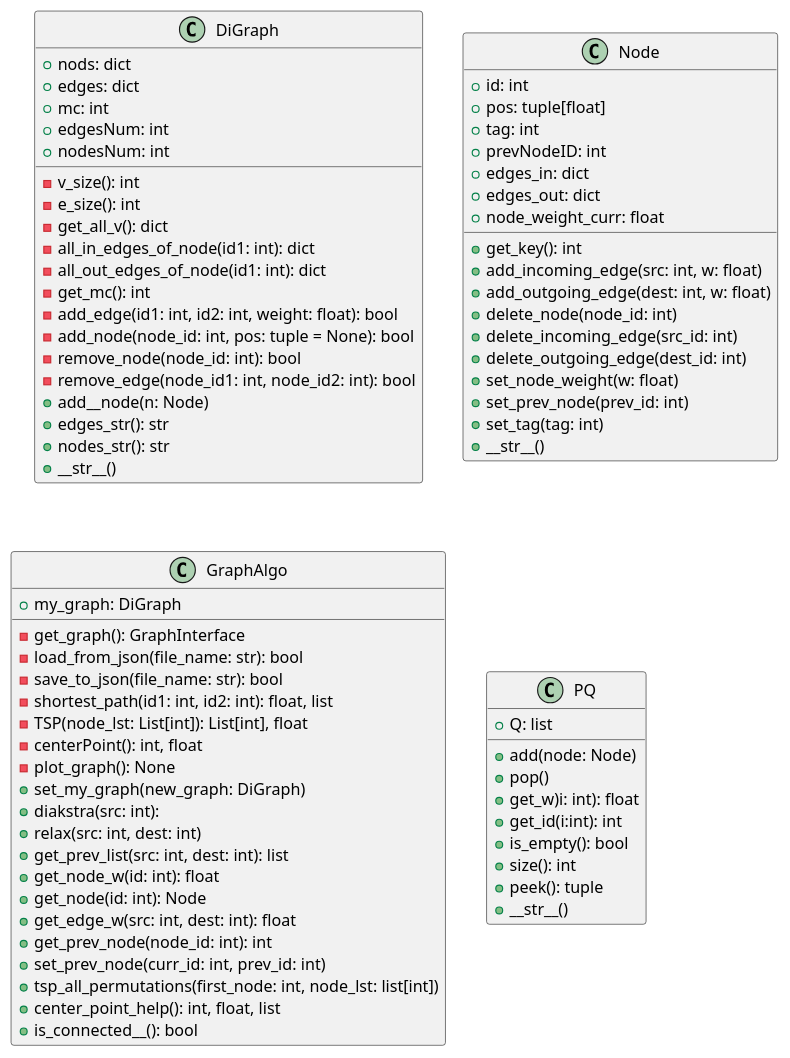
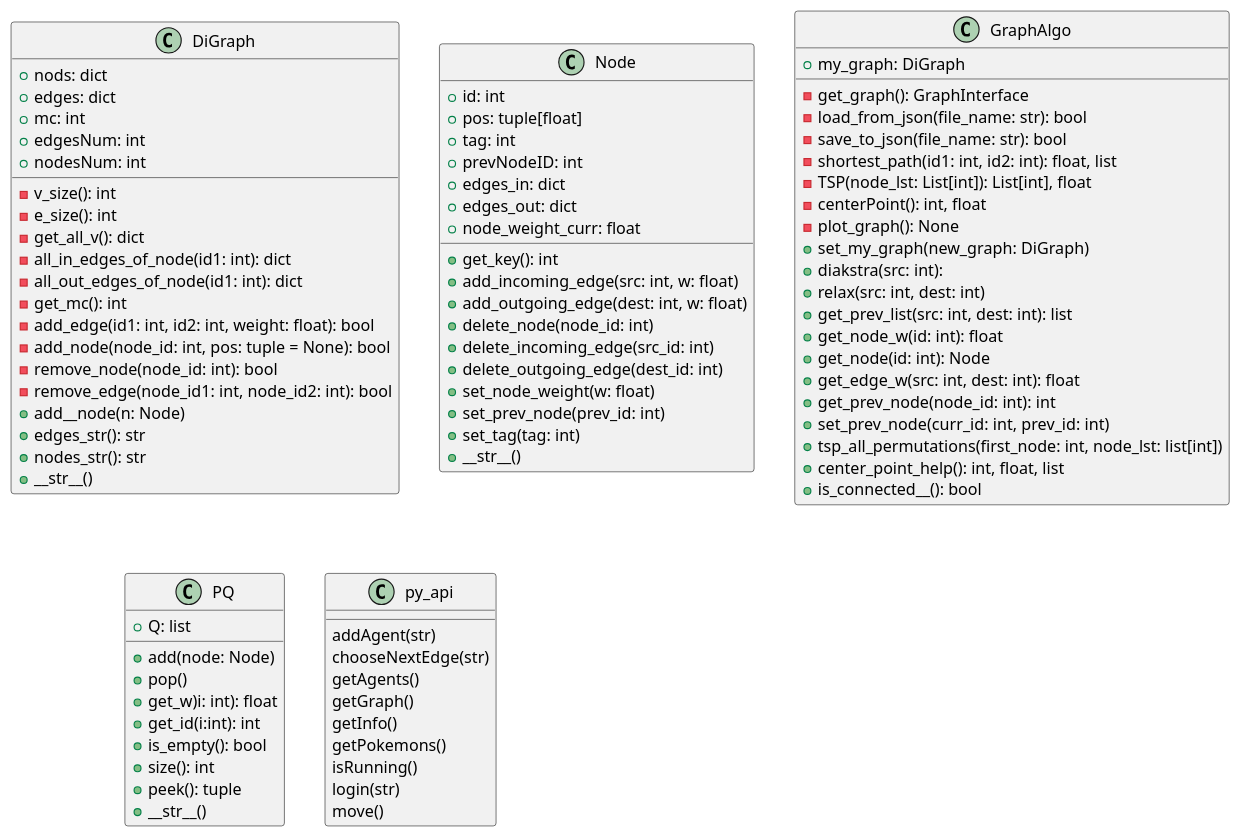
One commit to Matanel1995/OOP-Ex4-Pokemon-Game changed the diagram in docs/OOP_Ex4_uml.puml. Above: the diagram before and after it, drawn with PlantUML. The commit also changed 5 other files, not shown here.

```diff
--- a/docs/OOP_Ex4_uml.puml
+++ b/docs/OOP_Ex4_uml.puml
@@ -2,86 +2,96 @@
 @startuml
 
 
 class DiGraph{
 +nods: dict
 +edges: dict
 +mc: int
 +edgesNum: int
 +nodesNum: int
 -v_size(): int
 -e_size(): int
 -get_all_v(): dict
 -all_in_edges_of_node(id1: int): dict
 -all_out_edges_of_node(id1: int): dict
 -get_mc(): int
 -add_edge(id1: int, id2: int, weight: float): bool
 -add_node(node_id: int, pos: tuple = None): bool
 -remove_node(node_id: int): bool
 -remove_edge(node_id1: int, node_id2: int): bool
 +add__node(n: Node)
 +edges_str(): str
 +nodes_str(): str
 +__str__()
 }
 
 class Node{
 +id: int
 +pos: tuple[float]
 +tag: int
 +prevNodeID: int
 +edges_in: dict
 +edges_out: dict
 +node_weight_curr: float
 +get_key(): int
 +add_incoming_edge(src: int, w: float)
 +add_outgoing_edge(dest: int, w: float)
 +delete_node(node_id: int)
 +delete_incoming_edge(src_id: int)
 +delete_outgoing_edge(dest_id: int)
 +set_node_weight(w: float)
 +set_prev_node(prev_id: int)
 +set_tag(tag: int)
 +__str__()
 }
 
 class GraphAlgo{
 +my_graph: DiGraph
 -get_graph(): GraphInterface
 -load_from_json(file_name: str): bool
 -save_to_json(file_name: str): bool
 -shortest_path(id1: int, id2: int): float, list
 -TSP(node_lst: List[int]): List[int], float
 -centerPoint(): int, float
 -plot_graph(): None
 +set_my_graph(new_graph: DiGraph)
 +diakstra(src: int):
 +relax(src: int, dest: int)
 +get_prev_list(src: int, dest: int): list
 +get_node_w(id: int): float
 +get_node(id: int): Node
 '+get_node_tag(id: int): int
 '+set_node_tag(id: int, tag)
 '+set_path_w(id: int, w: float)
 +get_edge_w(src: int, dest: int): float
 +get_prev_node(node_id: int): int
 +set_prev_node(curr_id: int, prev_id: int)
 +tsp_all_permutations(first_node: int, node_lst: list[int])
 +center_point_help(): int, float, list
 +is_connected__(): bool
 }
 
 class PQ{
 +Q: list
 +add(node: Node)
 +pop()
 +get_w)i: int): float
 +get_id(i:int): int
 +is_empty(): bool
 +size(): int
 +peek(): tuple
 +__str__()
 }
 
-
+class py_api{
+addAgent(str)
+chooseNextEdge(str)
+getAgents()
+getGraph()
+getInfo()
+getPokemons()
+isRunning()
+login(str)
+move()
+}
 
 @enduml
```
